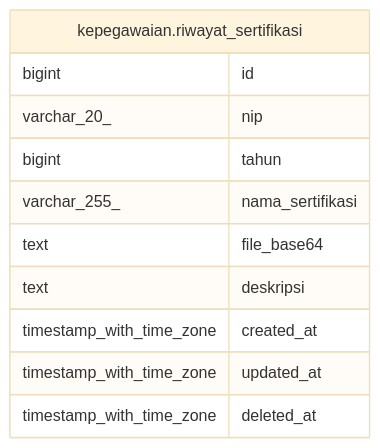
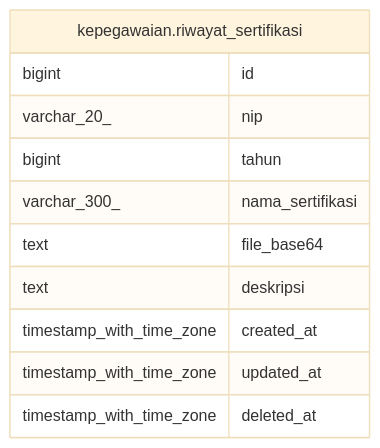
The diagram in services/kepegawaian/docs/db/kepegawaian.riwayat_sertifikasi.md (nandanugg/triforce.nvim), drawn with Mermaid (base theme) before and after one commit. The commit also changed other lines of this file and 31 other files, not shown here.

````diff
--- a/services/kepegawaian/docs/db/kepegawaian.riwayat_sertifikasi.md
+++ b/services/kepegawaian/docs/db/kepegawaian.riwayat_sertifikasi.md
@@ -23,16 +23,16 @@
 ```mermaid
 erDiagram
 
 
 "kepegawaian.riwayat_sertifikasi" {
   bigint id
   varchar_20_ nip
   bigint tahun
-  varchar_255_ nama_sertifikasi
+  varchar_300_ nama_sertifikasi
   text file_base64
   text deskripsi
   timestamp_with_time_zone created_at
   timestamp_with_time_zone updated_at
   timestamp_with_time_zone deleted_at
 }
 ```
````
